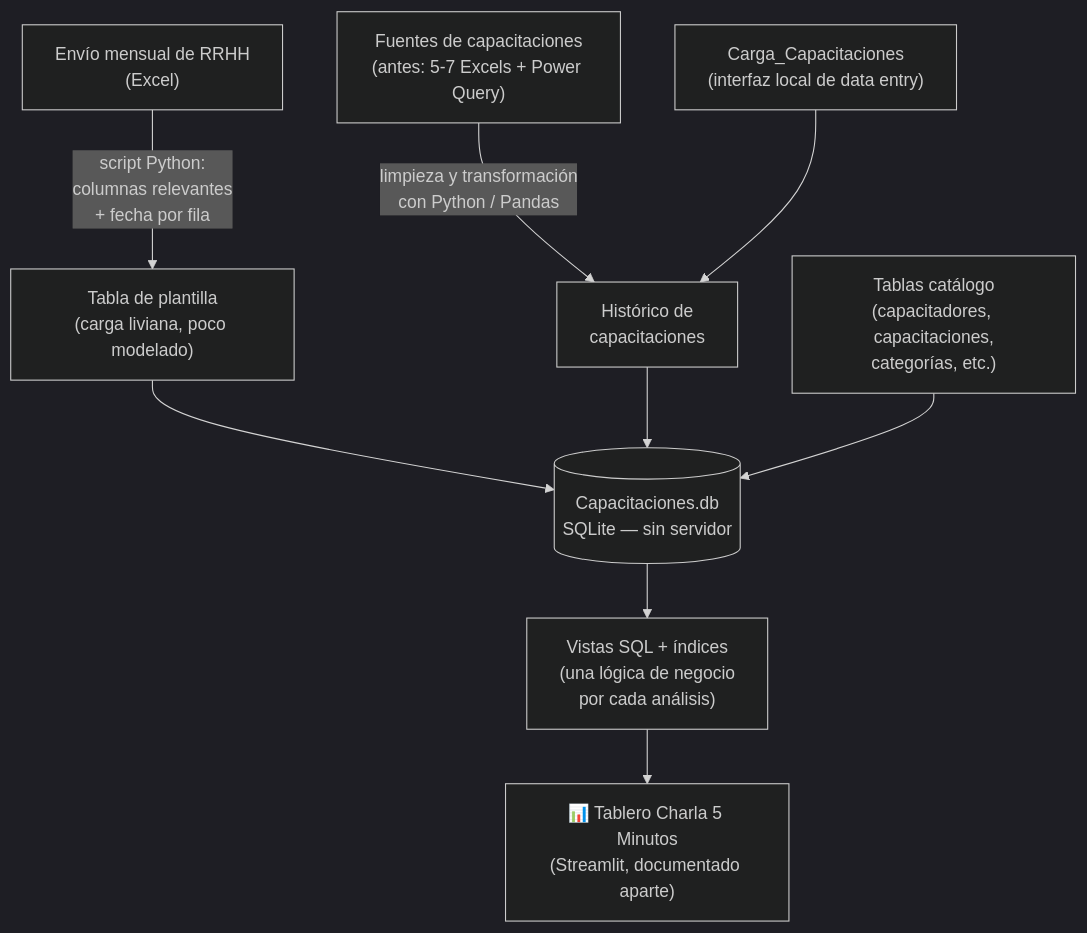
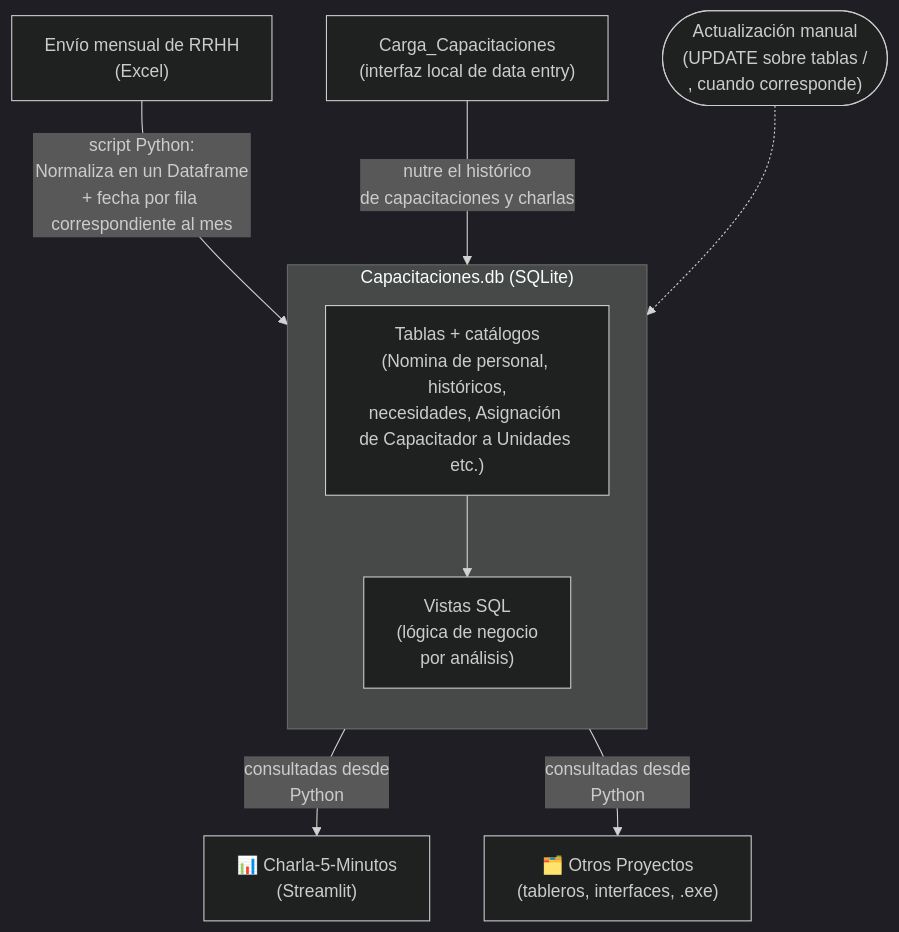
The second of 3 diagrams in capacitaciones.db/README.md (jminolli-e/case-studies), drawn with Mermaid (dark theme) before and after one commit. The commit also changed other lines of this file, not shown here.

````diff
--- a/capacitaciones.db/README.md
+++ b/capacitaciones.db/README.md
@@ -88,13 +88,16 @@
 ```mermaid
 flowchart TB
-    RRHH["Envío mensual de RRHH<br/>(Excel)"] -->|"script Python:<br/>columnas relevantes<br/>+ fecha por fila"| PLANT["Tabla de plantilla<br/>(carga liviana, poco modelado)"]
-    ORIG["Fuentes de capacitaciones<br/>(antes: 5-7 Excels + Power Query)"] -->|"limpieza y transformación<br/>con Python / Pandas"| HIST["Histórico de<br/>capacitaciones"]
-    CARGA["Carga_Capacitaciones<br/>(interfaz local de data entry)"] --> HIST
+    RRHH["Envío mensual de RRHH<br/>(Excel)"] -->|"script Python:<br/>Normaliza en un Dataframe<br/>+ fecha por fila correspondiente al mes"| DB
+    CARGA["Carga_Capacitaciones<br/>(interfaz local de data entry)"] -->|"nutre el histórico<br/>de capacitaciones y charlas"| DB
+    UPD(["Actualización manual<br/>(UPDATE sobre tablas /<br/>, cuando corresponde)"]) -.-> DB
 
-    PLANT --> DB[("Capacitaciones.db<br/>SQLite — sin servidor")]
-    HIST --> DB
-    CAT["Tablas catálogo<br/>(capacitadores, capacitaciones,<br/>categorías, etc.)"] --> DB
+    subgraph DB["Capacitaciones.db (SQLite)"]
+        direction TB
+        TABS["Tablas + catálogos<br/>(Nomina de personal, históricos,<br/>necesidades, Asignación de Capacitador a Unidades etc.)"]
+        VIEWS["Vistas SQL<br/>(lógica de negocio<br/>por análisis)"]
+        TABS --> VIEWS
+    end
 
-    DB --> V["Vistas SQL + índices<br/>(una lógica de negocio<br/>por cada análisis)"]
-    V --> DASH["📊 Tablero Charla 5 Minutos<br/>(Streamlit, documentado aparte)"]
+    DB -->|"consultadas desde<br/> Python"| DASH["📊 Charla-5-Minutos<br/>(Streamlit)"]
+    DB -->|"consultadas desde<br/> Python"| OTROS["🗂️ Otros Proyectos<br/>(tableros, interfaces, .exe)"]
 ```
````
